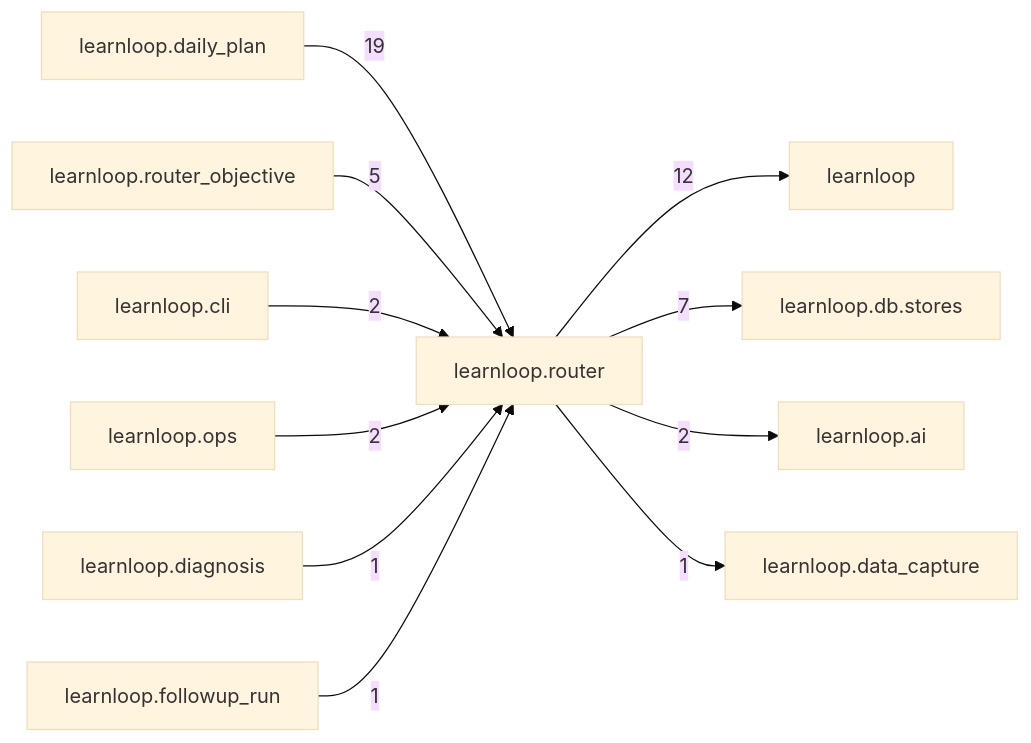
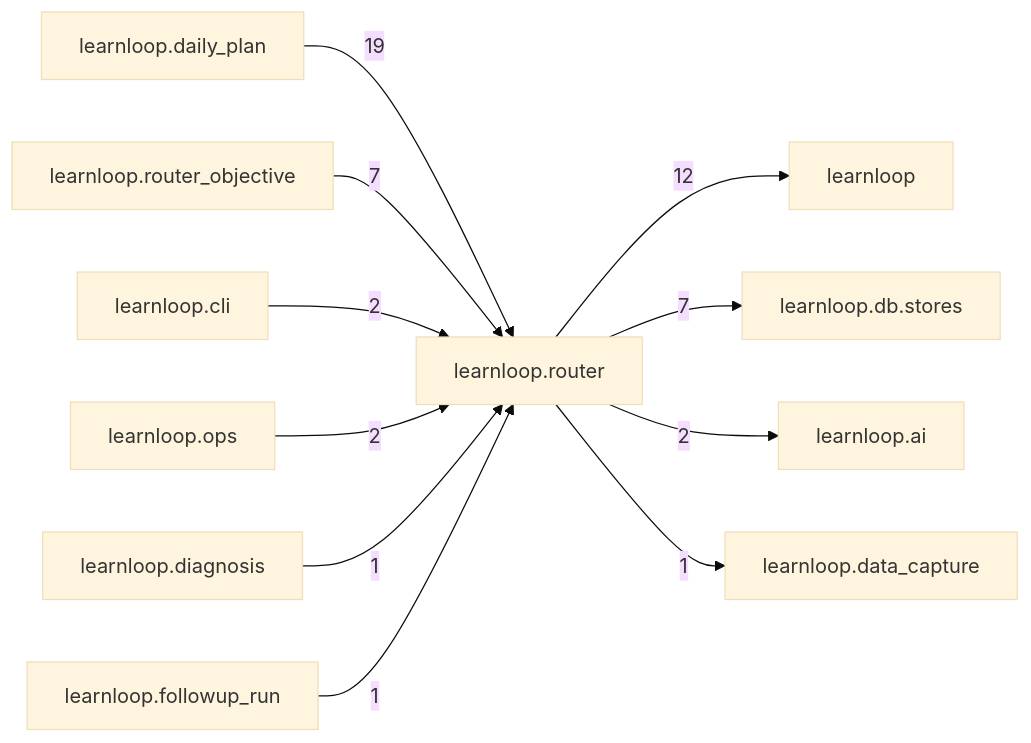
The diagram in docs/learnloop-architecture-vault/Reference/Modules/learnloop/router/_package.md (6up-b/learnanything), drawn with Mermaid (base theme) before and after one commit. The commit also changed other lines of this file and 21 other files, not shown here.

````diff
--- a/docs/learnloop-architecture-vault/Reference/Modules/learnloop/router/_package.md
+++ b/docs/learnloop-architecture-vault/Reference/Modules/learnloop/router/_package.md
@@ -96,24 +96,24 @@
 ```mermaid
 flowchart LR
     center["learnloop.router"]
     n_learnloop_daily_plan["learnloop.daily_plan"]
     n_learnloop["learnloop"]
     n_learnloop_db_stores["learnloop.db.stores"]
     n_learnloop_router_objective["learnloop.router_objective"]
     n_learnloop_ai["learnloop.ai"]
     n_learnloop_cli["learnloop.cli"]
     n_learnloop_ops["learnloop.ops"]
     n_learnloop_data_capture["learnloop.data_capture"]
     n_learnloop_diagnosis["learnloop.diagnosis"]
     n_learnloop_followup_run["learnloop.followup_run"]
     n_learnloop_daily_plan -->|19| center
     center -->|12| n_learnloop
     center -->|7| n_learnloop_db_stores
-    n_learnloop_router_objective -->|5| center
+    n_learnloop_router_objective -->|7| center
     center -->|2| n_learnloop_ai
     n_learnloop_cli -->|2| center
     n_learnloop_ops -->|2| center
     center -->|1| n_learnloop_data_capture
     n_learnloop_diagnosis -->|1| center
     n_learnloop_followup_run -->|1| center
 ```
````
